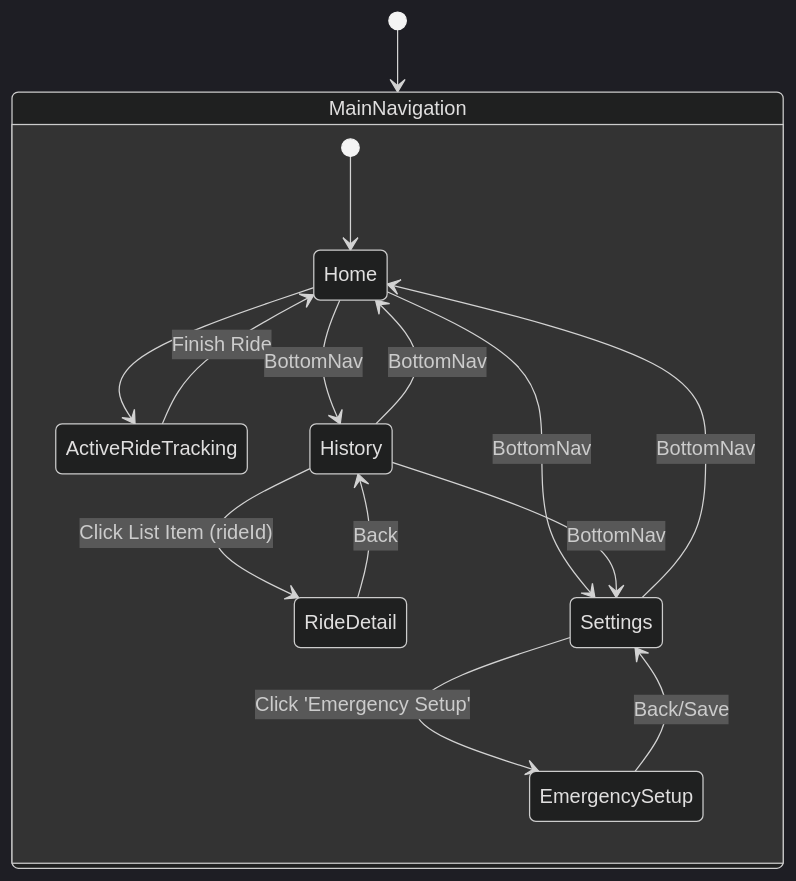
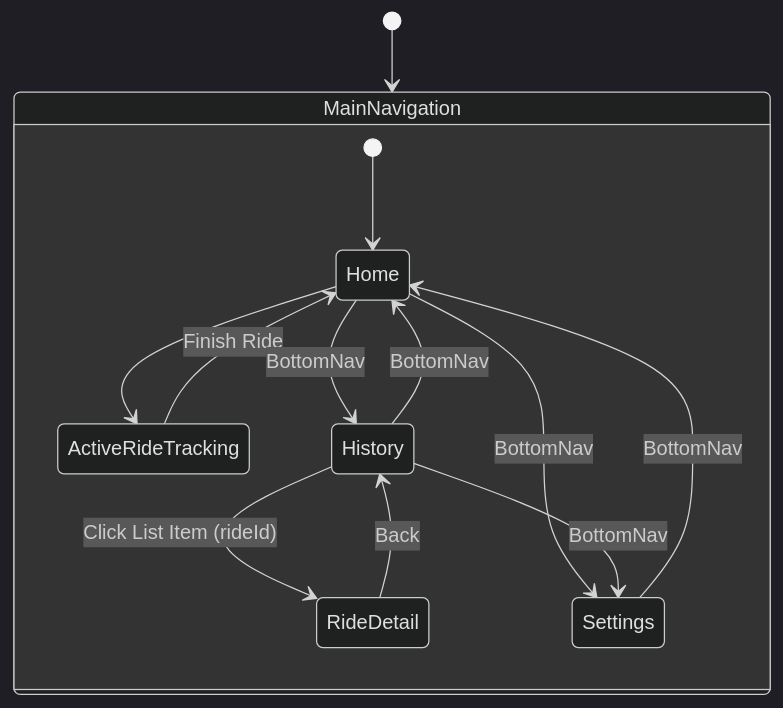
The second of 2 diagrams in docs/overview/developer_guide.md (devshvms/track-me-android), drawn with Mermaid (dark theme) before and after one commit. The commit also changed other lines of this file and 6 other files, not shown here.

````diff
--- a/docs/overview/developer_guide.md
+++ b/docs/overview/developer_guide.md
@@ -55,24 +52,22 @@
 ```mermaid
 stateDiagram-v2
     [*] --> MainNavigation
     
     state MainNavigation {
         [*] --> Home
         
         Home --> ActiveRideTracking
         ActiveRideTracking --> Home : Finish Ride
         
         Home --> History : BottomNav
         History --> Home : BottomNav
         
         History --> RideDetail : Click List Item (rideId)
         RideDetail --> History : Back
         
         Home --> Settings : BottomNav
         History --> Settings : BottomNav
         Settings --> Home : BottomNav
         
-        Settings --> EmergencySetup : Click 'Emergency Setup'
-        EmergencySetup --> Settings : Back/Save
     }
 ```
````
